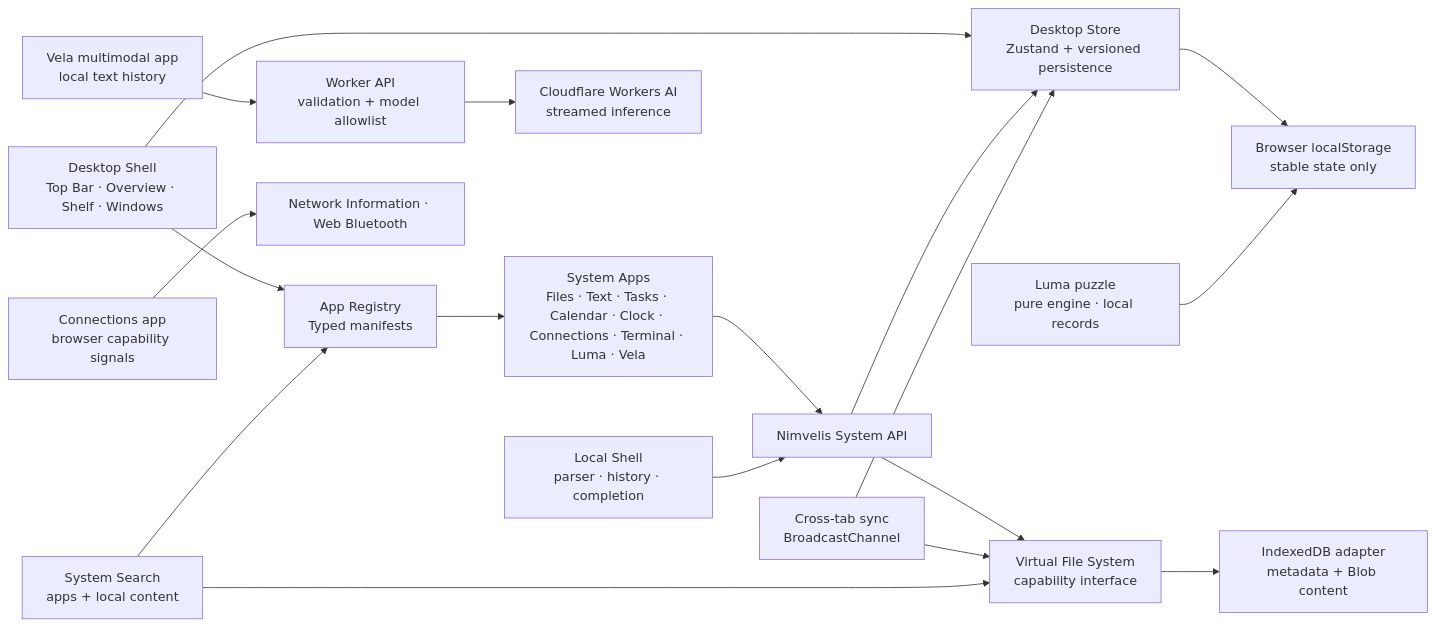
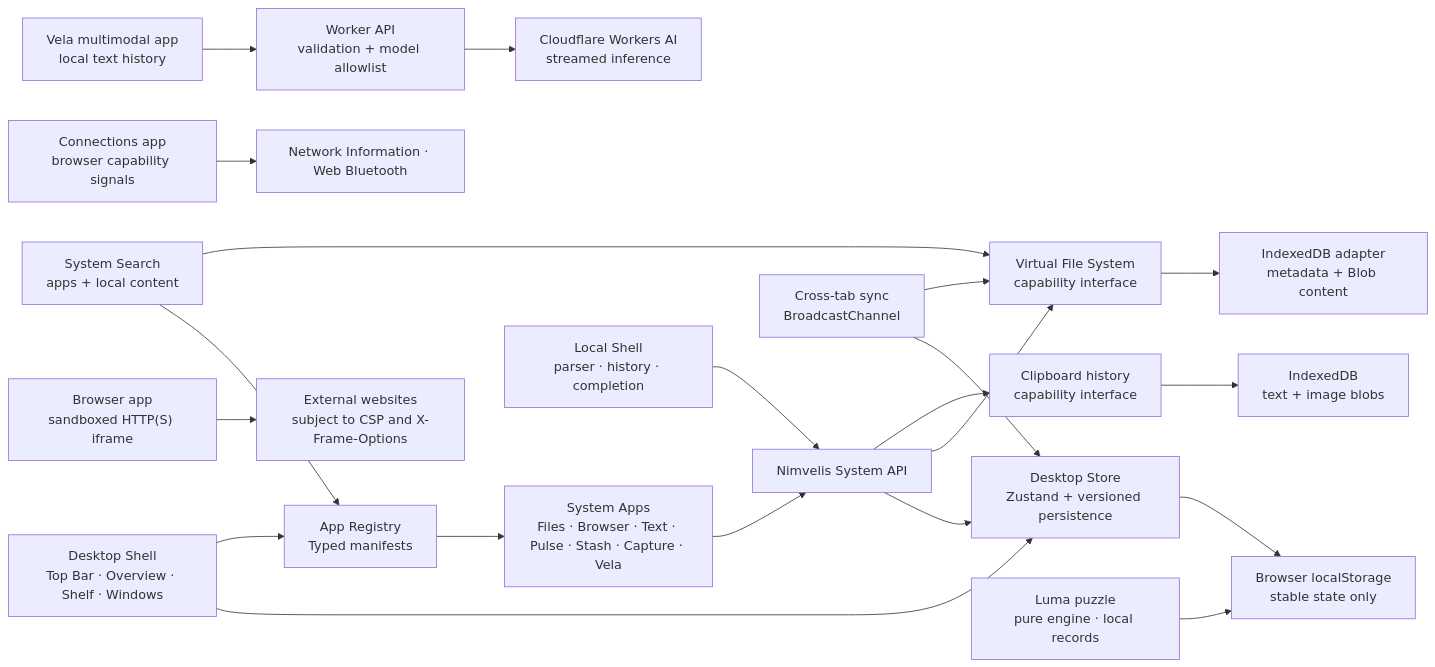
One commit to chatgptuk/nimvelis changed the diagram in docs/architecture.md. Above: the diagram before and after it, drawn with Mermaid. The commit also changed other lines of this file and 38 other files, not shown here.

````diff
--- a/docs/architecture.md
+++ b/docs/architecture.md
@@ -9,20 +9,23 @@
 ```mermaid
 flowchart LR
   Shell["Desktop Shell\nTop Bar · Overview · Shelf · Windows"] --> Store["Desktop Store\nZustand + versioned persistence"]
   Shell --> Registry["App Registry\nTyped manifests"]
-  Registry --> Apps["System Apps\nFiles · Text · Tasks · Calendar · Clock · Connections · Terminal · Luma · Vela"]
+  Registry --> Apps["System Apps\nFiles · Browser · Text · Pulse · Stash · Capture · Vela"]
   Apps --> API["Nimvelis System API"]
   API --> Store
   Store --> Persistence["Browser localStorage\nstable state only"]
   API --> VFS["Virtual File System\ncapability interface"]
   VFS --> IndexedDB["IndexedDB adapter\nmetadata + Blob content"]
+  API --> Clipboard["Clipboard history\ncapability interface"]
+  Clipboard --> ClipboardDB["IndexedDB\ntext + image blobs"]
   Sync["Cross-tab sync\nBroadcastChannel"] --> Store
   Sync --> VFS
   Search["System Search\napps + local content"] --> Registry
   Search --> VFS
   Vela["Vela multimodal app\nlocal text history"] --> Worker["Worker API\nvalidation + model allowlist"]
   Worker --> AI["Cloudflare Workers AI\nstreamed inference"]
   Connections["Connections app\nbrowser capability signals"] --> Browser["Network Information · Web Bluetooth"]
+  WebApp["Browser app\nsandboxed HTTP(S) iframe"] --> Web["External websites\nsubject to CSP and X-Frame-Options"]
   Terminal["Local Shell\nparser · history · completion"] --> API
   Luma["Luma puzzle\npure engine · local records"] --> Persistence
 ```
````
